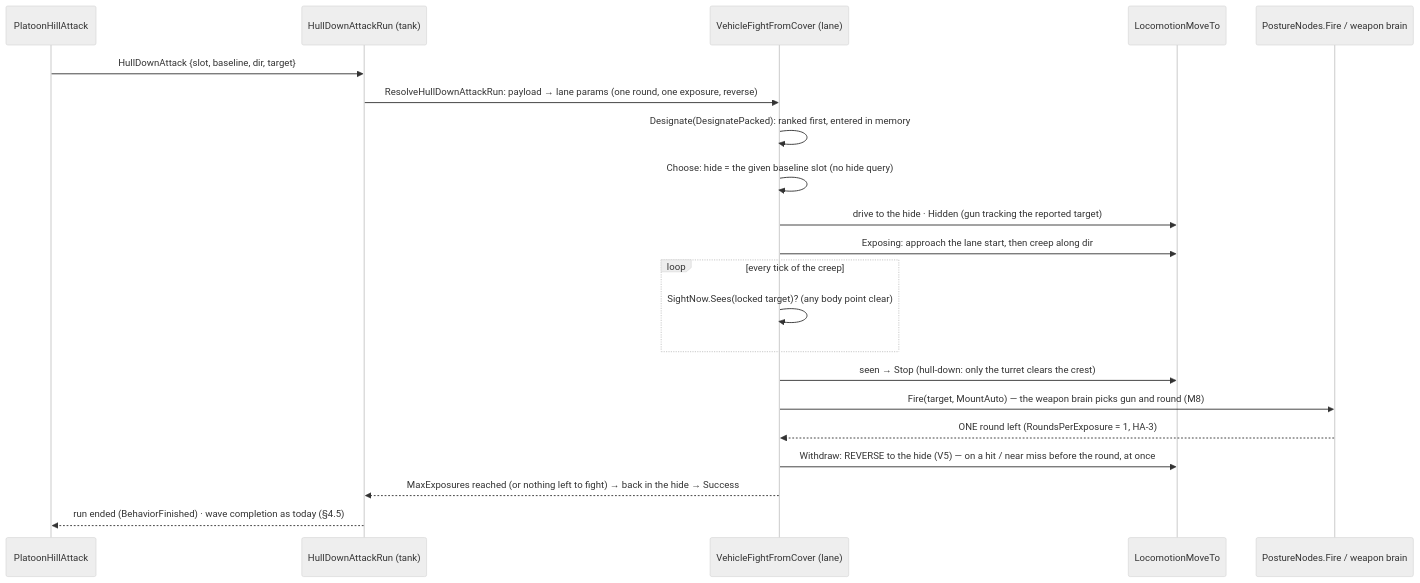
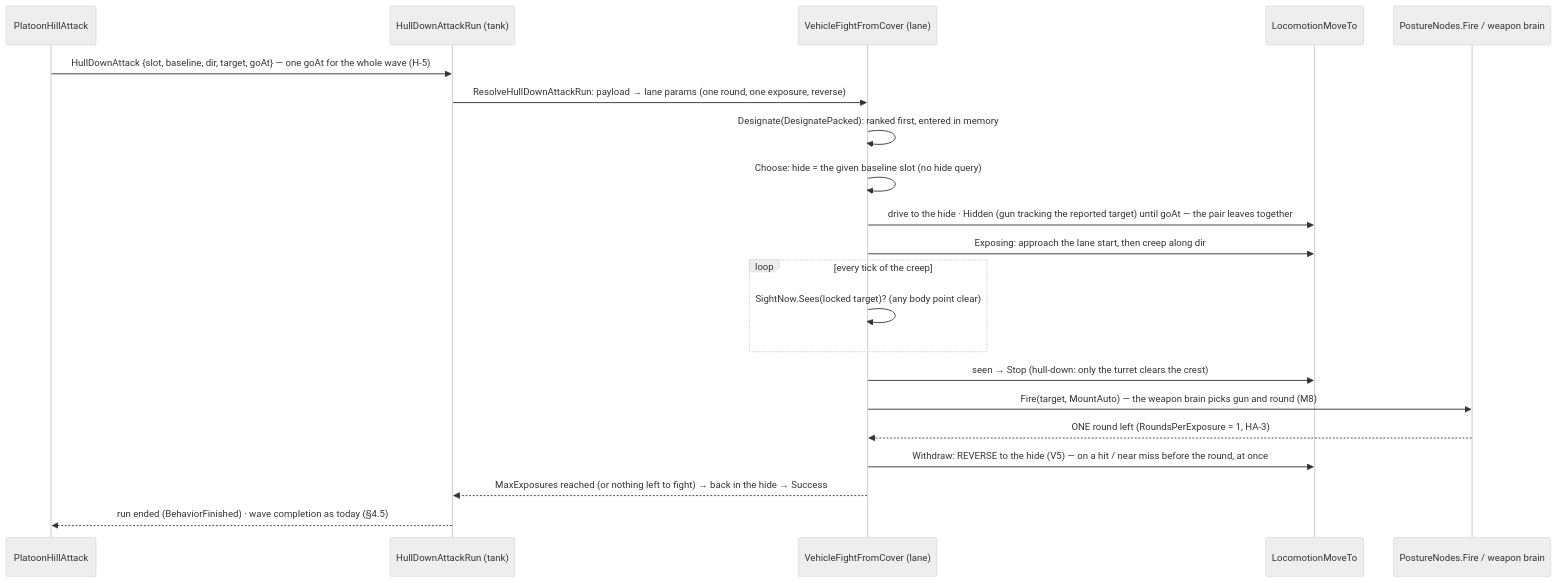
One commit to pjanec/HROT changed the second of 3 diagrams in docs/designs/hill-attack/DESIGN.md. Above: the diagram before and after it, drawn with Mermaid (neutral theme). The commit also changed 7 other files, not shown here.

First line of the commit message:
CE-2230 H-5: one go time per wave, so the pair crests together

````diff
--- a/docs/designs/hill-attack/DESIGN.md
+++ b/docs/designs/hill-attack/DESIGN.md
@@ -98,23 +98,23 @@
 ```mermaid
 sequenceDiagram
   participant C as PlatoonHillAttack
   participant T as HullDownAttackRun (tank)
   participant N as VehicleFightFromCover (lane)
   participant L as LocomotionMoveTo
   participant F as PostureNodes.Fire / weapon brain
-  C->>T: HullDownAttack {slot, baseline, dir, target}
+  C->>T: HullDownAttack {slot, baseline, dir, target, goAt} — one goAt for the whole wave (H-5)
   T->>N: ResolveHullDownAttackRun: payload → lane params (one round, one exposure, reverse)
   N->>N: Designate(DesignatePacked): ranked first, entered in memory
   N->>N: Choose: hide = the given baseline slot (no hide query)
-  N->>L: drive to the hide · Hidden (gun tracking the reported target)
+  N->>L: drive to the hide · Hidden (gun tracking the reported target) until goAt — the pair leaves together
   N->>L: Exposing: approach the lane start, then creep along dir
   loop every tick of the creep
     N->>N: SightNow.Sees(locked target)? (any body point clear)
   end
   N->>L: seen → Stop (hull-down: only the turret clears the crest)
   N->>F: Fire(target, MountAuto) — the weapon brain picks gun and round (M8)
   F-->>N: ONE round left (RoundsPerExposure = 1, HA-3)
   N->>L: Withdraw: REVERSE to the hide (V5) — on a hit / near miss before the round, at once
   N-->>T: MaxExposures reached (or nothing left to fight) → back in the hide → Success
   T-->>C: run ended (BehaviorFinished) · wave completion as today (§4.5)
 ```
````
